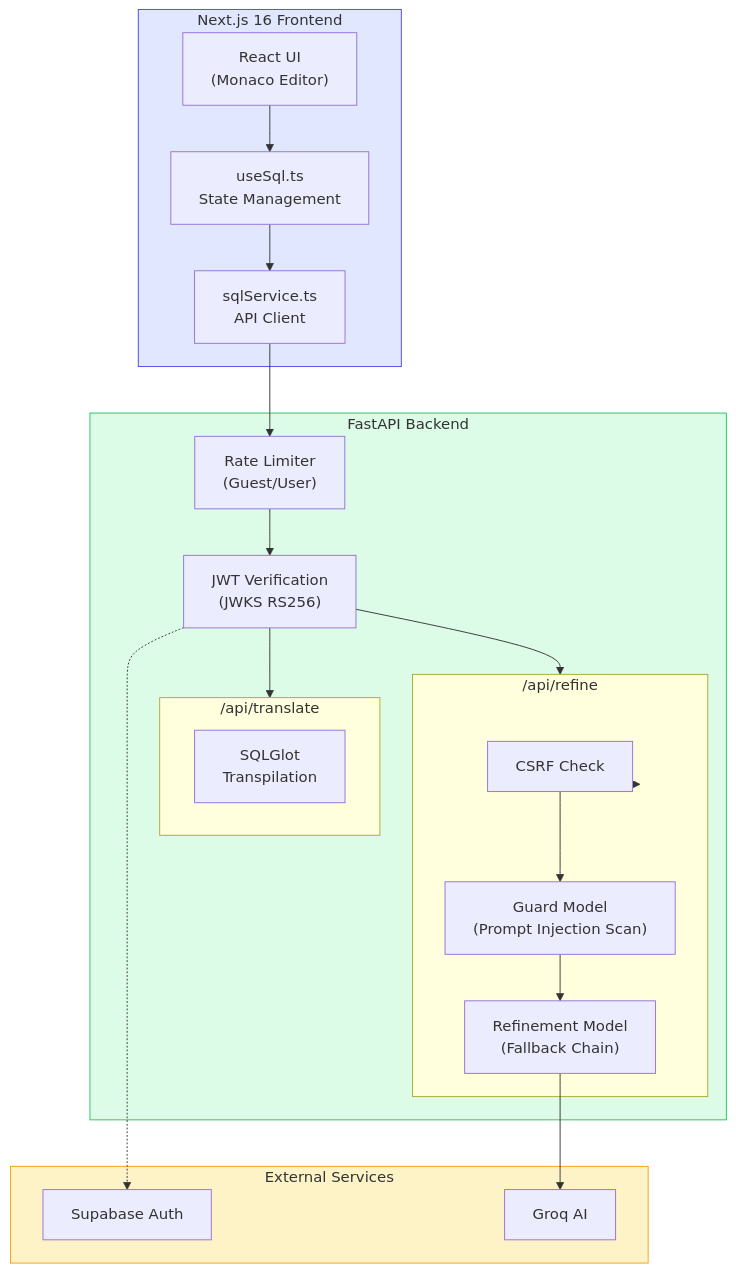
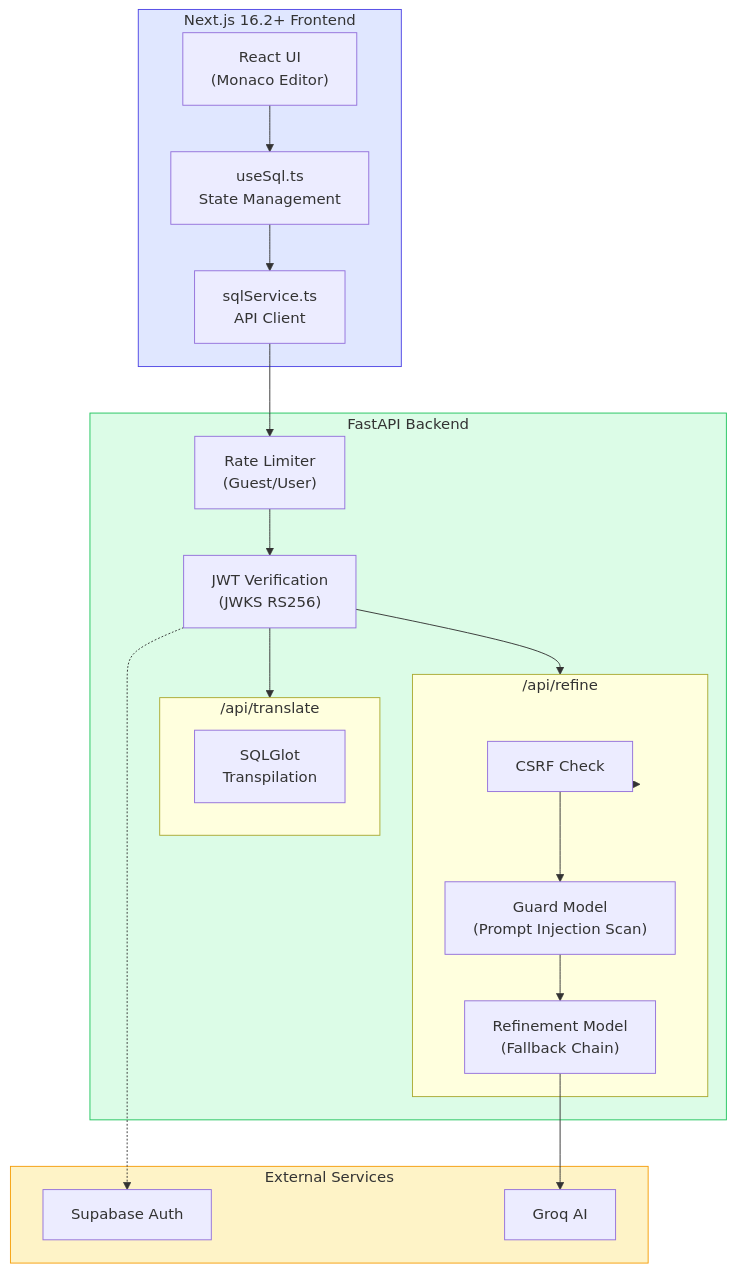
The first of 6 diagrams in docs/ARCHITECTURE.md (akm07dev/sql-agnostic), drawn with Mermaid before and after one commit. The commit also changed other lines of this file and 10 other files, not shown here.

````diff
--- a/docs/ARCHITECTURE.md
+++ b/docs/ARCHITECTURE.md
@@ -7,44 +7,44 @@
 ```mermaid
 flowchart TD
-    subgraph Frontend["Next.js 16 Frontend"]
+    subgraph Frontend["Next.js 16.2+ Frontend"]
         UI["React UI<br/>(Monaco Editor)"]
         Hooks["useSql.ts<br/>State Management"]
         Service["sqlService.ts<br/>API Client"]
     end
     
     subgraph Backend["FastAPI Backend"]
         Auth["JWT Verification<br/>(JWKS RS256)"]
         RateLimit["Rate Limiter<br/>(Guest/User)"]
         
         subgraph Translate["/api/translate"]
             SQLGlot["SQLGlot<br/>Transpilation"]
         end
         
         subgraph Refine["/api/refine"]
             CSRF["CSRF Check"]
             Guard["Guard Model<br/>(Prompt Injection Scan)"]
             AI["Refinement Model<br/>(Fallback Chain)"]
         end
     end
     
     subgraph External["External Services"]
         Supabase["Supabase Auth"]
         Groq["Groq AI"]
     end
     
     UI --> Hooks
     Hooks --> Service
     Service --> RateLimit
     RateLimit --> Auth
     Auth --> Translate
     Auth --> Refine
     Refine --> CSRF
     CSRF --> Guard
     Guard --> AI
     AI --> Groq
     Auth -.-> Supabase
     
     style Frontend fill:#e0e7ff,stroke:#4f46e5
     style Backend fill:#dcfce7,stroke:#22c55e
     style External fill:#fef3c7,stroke:#f59e0b
 ```
````
